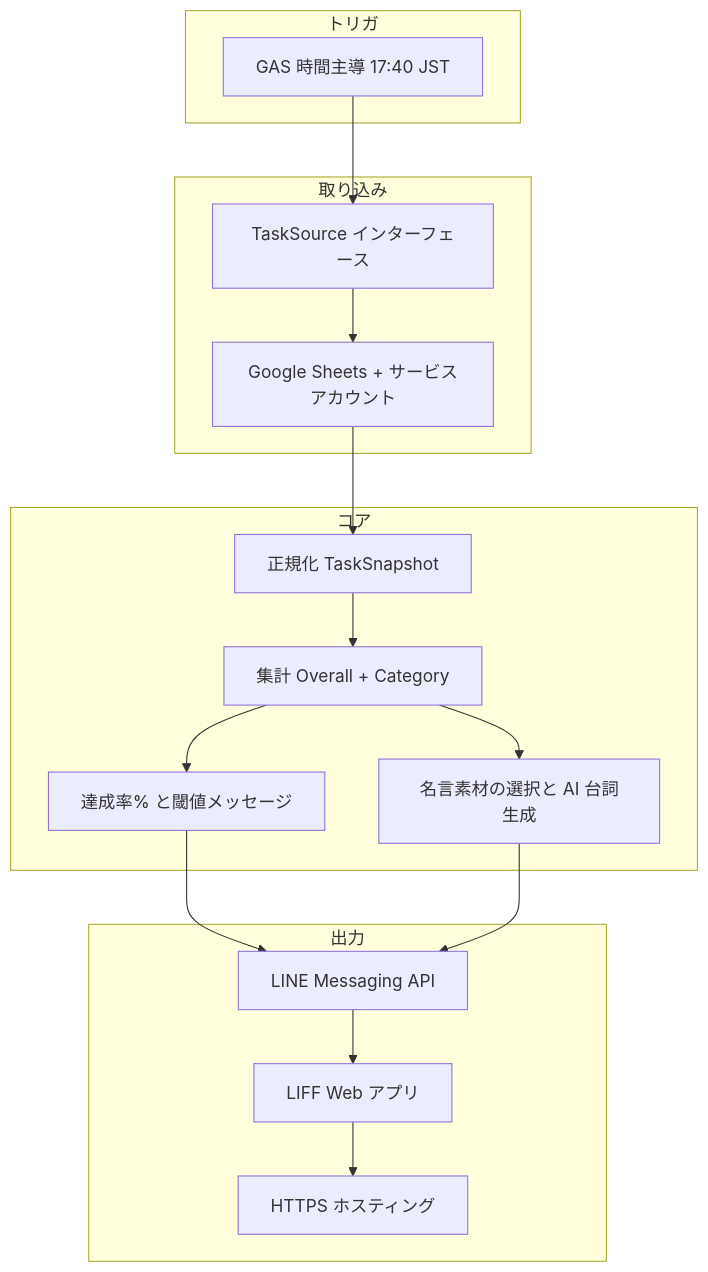
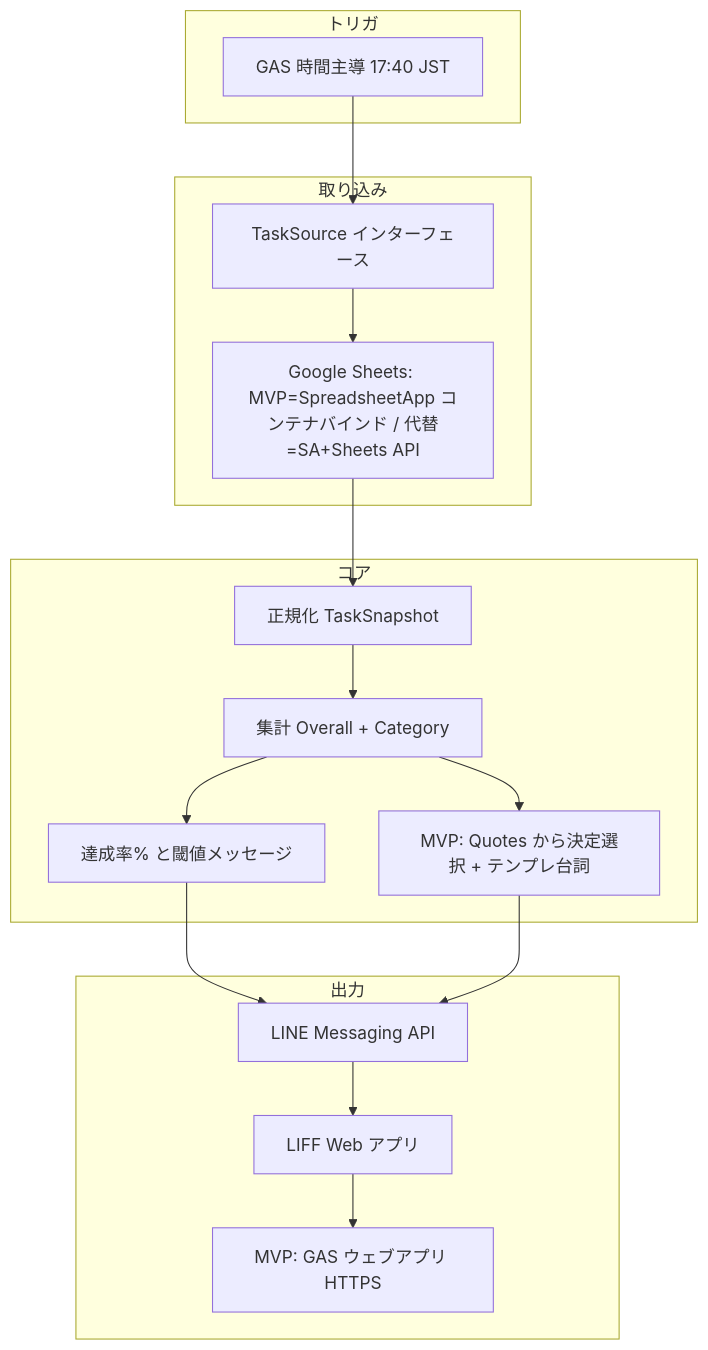
Before and after one commit to happyodyssey73-art/yattakai-task-checker: the diagram in docs/SPEC.md, drawn with Mermaid. The commit also changed other lines of this file, not shown here.

First line of the commit message:
docs: SPEC を MVP（GAS・LIFF・Quotes テンプレ）に整合、外部 AI は除外

````diff
--- a/docs/SPEC.md
+++ b/docs/SPEC.md
@@ -38,35 +69,35 @@
 ```mermaid
 flowchart TB
   subgraph trigger [トリガ]
     GAS[GAS 時間主導 17:40 JST]
   end
 
   subgraph ingest [取り込み]
     TS[TaskSource インターフェース]
-    SA[Google Sheets + サービスアカウント]
-    TS --> SA
+    SHEETS[Google Sheets: MVP=SpreadsheetApp コンテナバインド / 代替=SA+Sheets API]
+    TS --> SHEETS
   end
 
   subgraph core [コア]
     NORM[正規化 TaskSnapshot]
     AGG[集計 Overall + Category]
     SCORE[達成率% と閾値メッセージ]
-    QUOTE[名言素材の選択と AI 台詞生成]
+    QUOTE[MVP: Quotes から決定選択 + テンプレ台詞]
   end
 
   subgraph out [出力]
     LINE[LINE Messaging API]
     LIFF[LIFF Web アプリ]
-    HOST[HTTPS ホスティング]
+    HOST[MVP: GAS ウェブアプリ HTTPS]
   end
 
   GAS --> TS
-  SA --> NORM
+  SHEETS --> NORM
   NORM --> AGG
   AGG --> SCORE
   AGG --> QUOTE
   SCORE --> LINE
   QUOTE --> LINE
   LINE --> LIFF
   LIFF --> HOST
 ```
````
